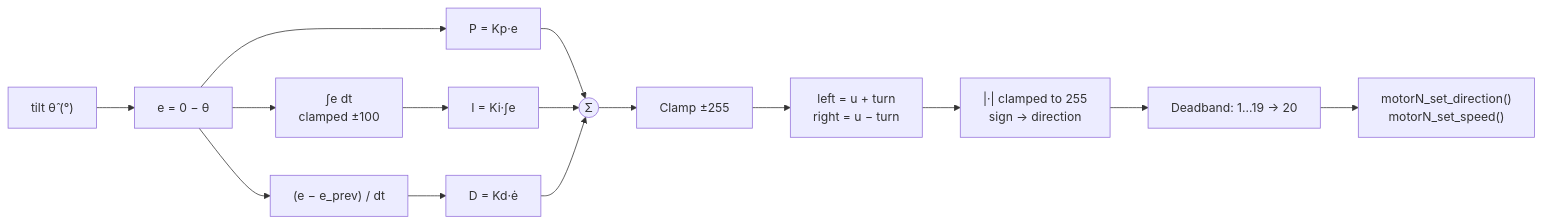
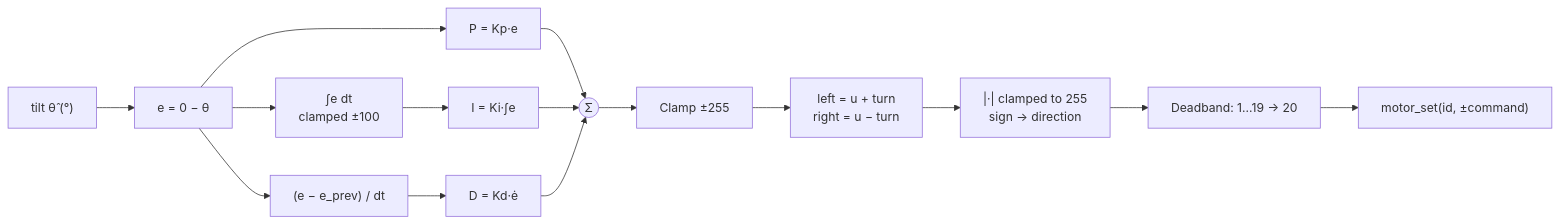
The first of 2 diagrams in docs/08-pid-implementation.md (machadothi/balancing_robot), drawn with Mermaid before and after one commit. The commit also changed other lines of this file and 10 other files, not shown here.

First line of the commit message:
docs: update for decoupled architecture, add link checker

````diff
--- a/docs/08-pid-implementation.md
+++ b/docs/08-pid-implementation.md
@@ -21,15 +22,15 @@
 ```mermaid
 flowchart LR
     TILT["tilt θ̂ (°)"] --> ERR["e = 0 − θ̂"]
     ERR --> P["P = Kp·e"]
     ERR --> INT["∫e dt<br/>clamped ±100"] --> I["I = Ki·∫e"]
     ERR --> DIFF["(e − e_prev) / dt"] --> D["D = Kd·ė"]
     P --> SUM(("Σ"))
     I --> SUM
     D --> SUM
     SUM --> SAT1["Clamp ±255"]
     SAT1 --> MIX["left = u + turn<br/>right = u − turn"]
     MIX --> SAT2["|·| clamped to 255<br/>sign → direction"]
     SAT2 --> DB["Deadband: 1…19 → 20"]
-    DB --> PWM["motorN_set_direction()<br/>motorN_set_speed()"]
+    DB --> PWM["motor_set(id, ±command)"]
 ```
````
